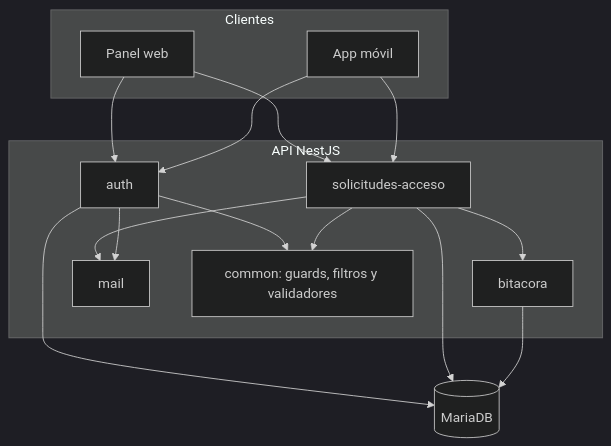
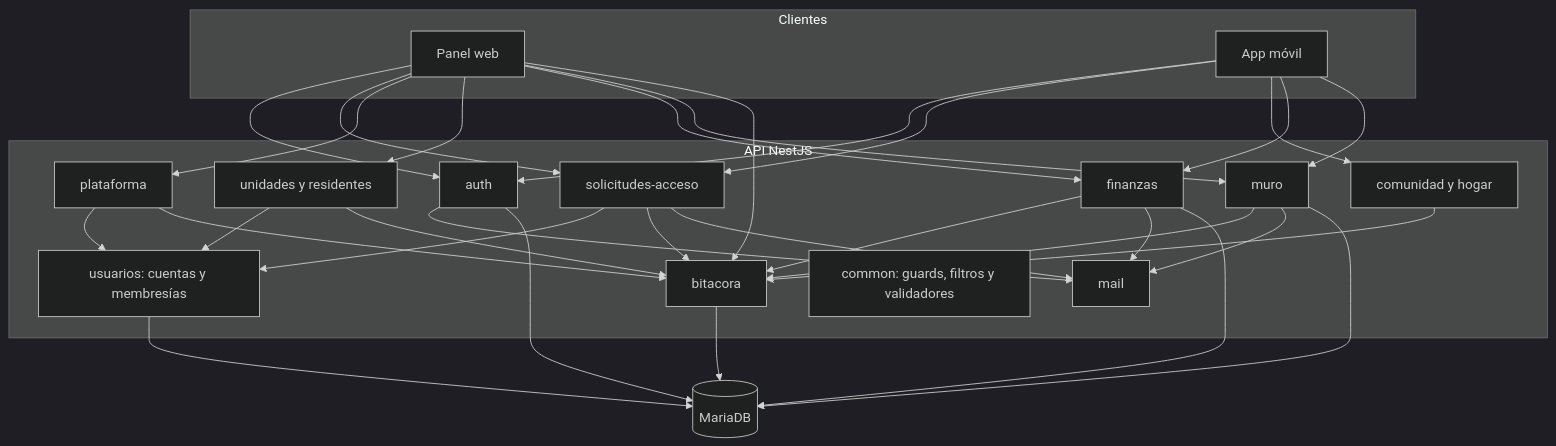
One commit to JonasMateosValenzuelaLopez/ProyectoTesis changed the sixth of 6 diagrams in FASE-2/Evidencias-Proyecto/Documentación/08-diagramas-uml.md. Above: the diagram before and after it, drawn with Mermaid (dark theme). The commit also changed other lines of this file and 8 other files, not shown here.

````diff
--- a/FASE-2/Evidencias-Proyecto/Documentación/08-diagramas-uml.md
+++ b/FASE-2/Evidencias-Proyecto/Documentación/08-diagramas-uml.md
@@ -104,26 +131,50 @@
 ```mermaid
 flowchart TB
     subgraph Clientes
         W[Panel web]
         M[App móvil]
     end
     subgraph API NestJS
         AU[auth]
         SO[solicitudes-acceso]
+        PL[plataforma]
+        UN[unidades y residentes]
+        CM[comunidad y hogar]
+        FI[finanzas]
+        MU[muro]
+        US[usuarios: cuentas y membresías]
         BI[bitacora]
         MA[mail]
         CO[common: guards, filtros y validadores]
     end
     W --> AU
     W --> SO
+    W --> PL
+    W --> UN
+    W --> FI
+    W --> MU
+    W --> BI
     M --> AU
     M --> SO
+    M --> CM
+    M --> FI
+    M --> MU
+    SO --> US
+    PL --> US
+    UN --> US
     SO --> BI
+    PL --> BI
+    UN --> BI
+    CM --> BI
+    FI --> BI
+    MU --> BI
     SO --> MA
     AU --> MA
-    AU --> CO
-    SO --> CO
+    FI --> MA
+    MU --> MA
     AU --> DB[(MariaDB)]
-    SO --> DB
+    US --> DB
+    FI --> DB
+    MU --> DB
     BI --> DB
 ```
````
